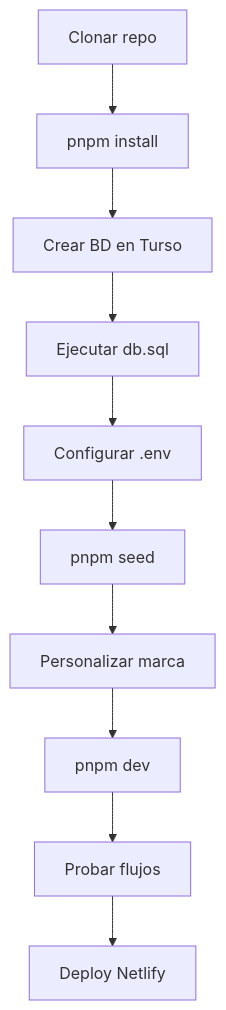
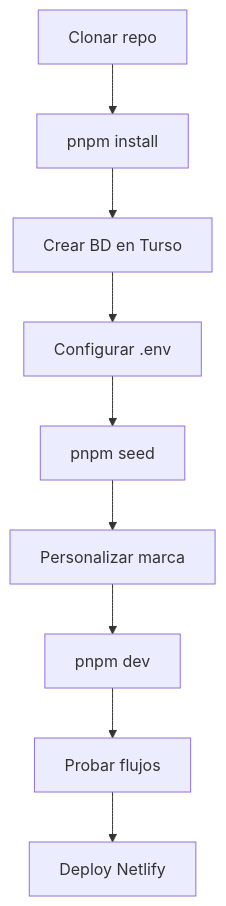
The diagram in README.md (mrkirbag/sistema-ventas-demo), drawn with Mermaid before and after one commit. The commit also changed other lines of this file and 101 other files, not shown here.

````diff
--- a/README.md
+++ b/README.md
@@ -51,12 +51,11 @@
 ```mermaid
 flowchart TD
     A[Clonar repo] --> B[pnpm install]
     B --> C[Crear BD en Turso]
-    C --> D[Ejecutar db.sql]
-    D --> E[Configurar .env]
-    E --> F[pnpm seed]
-    F --> G[Personalizar marca]
-    G --> H[pnpm dev]
-    H --> I[Probar flujos]
-    I --> J[Deploy Netlify]
+    C --> D[Configurar .env]
+    D --> E[pnpm seed]
+    E --> F[Personalizar marca]
+    F --> G[pnpm dev]
+    G --> H[Probar flujos]
+    H --> I[Deploy Netlify]
 ```
````
